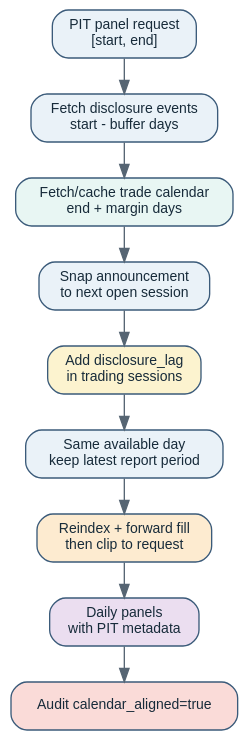
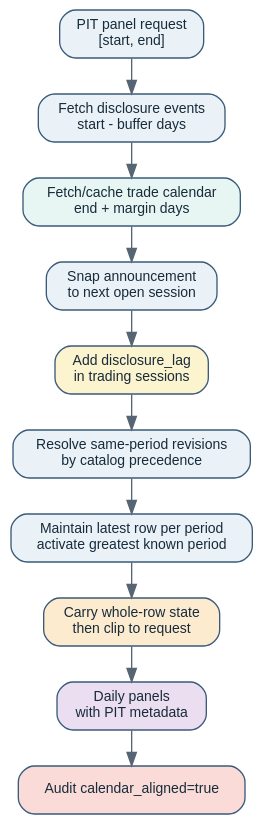
One commit to wtx17/DataPlatform changed the diagram in docs/_static/diagrams/pit-sequence.dot. Above: the diagram before and after it, drawn with Graphviz. The commit also changed 42 other files, not shown here.

```diff
--- a/docs/_static/diagrams/pit-sequence.dot
+++ b/docs/_static/diagrams/pit-sequence.dot
@@ -1,25 +1,26 @@
 digraph PitQuerySequence {
   graph [rankdir=TB, bgcolor="transparent", pad="0.25", nodesep="0.22", ranksep="0.38"];
   node [
     shape=box,
     style="rounded,filled",
     color="#3B5B7A",
     fillcolor="#EAF2F8",
     fontcolor="#172B3A",
     fontname="Helvetica",
     fontsize=10.5
   ];
   edge [color="#566573", fontcolor="#34495E", fontname="Helvetica", fontsize=8.5];
 
   request [label="PIT panel request\n[start, end]"];
   buffer [label="Fetch disclosure events\nstart - buffer days"];
   calendar [label="Fetch/cache trade calendar\nend + margin days", fillcolor="#E8F6F3"];
   snap [label="Snap announcement\nto next open session"];
   lag [label="Add disclosure_lag\nin trading sessions", fillcolor="#FCF3CF"];
-  dedupe [label="Same available day\nkeep latest report period"];
-  fill [label="Reindex + forward fill\nthen clip to request", fillcolor="#FDEBD0"];
+  dedupe [label="Resolve same-period revisions\nby catalog precedence"];
+  state [label="Maintain latest row per period\nactivate greatest known period"];
+  fill [label="Carry whole-row state\nthen clip to request", fillcolor="#FDEBD0"];
   result [label="Daily panels\nwith PIT metadata", fillcolor="#EBDEF0"];
   audit [label="Audit calendar_aligned=true", fillcolor="#FADBD8"];
 
-  request -> buffer -> calendar -> snap -> lag -> dedupe -> fill -> result -> audit;
+  request -> buffer -> calendar -> snap -> lag -> dedupe -> state -> fill -> result -> audit;
 }
```
